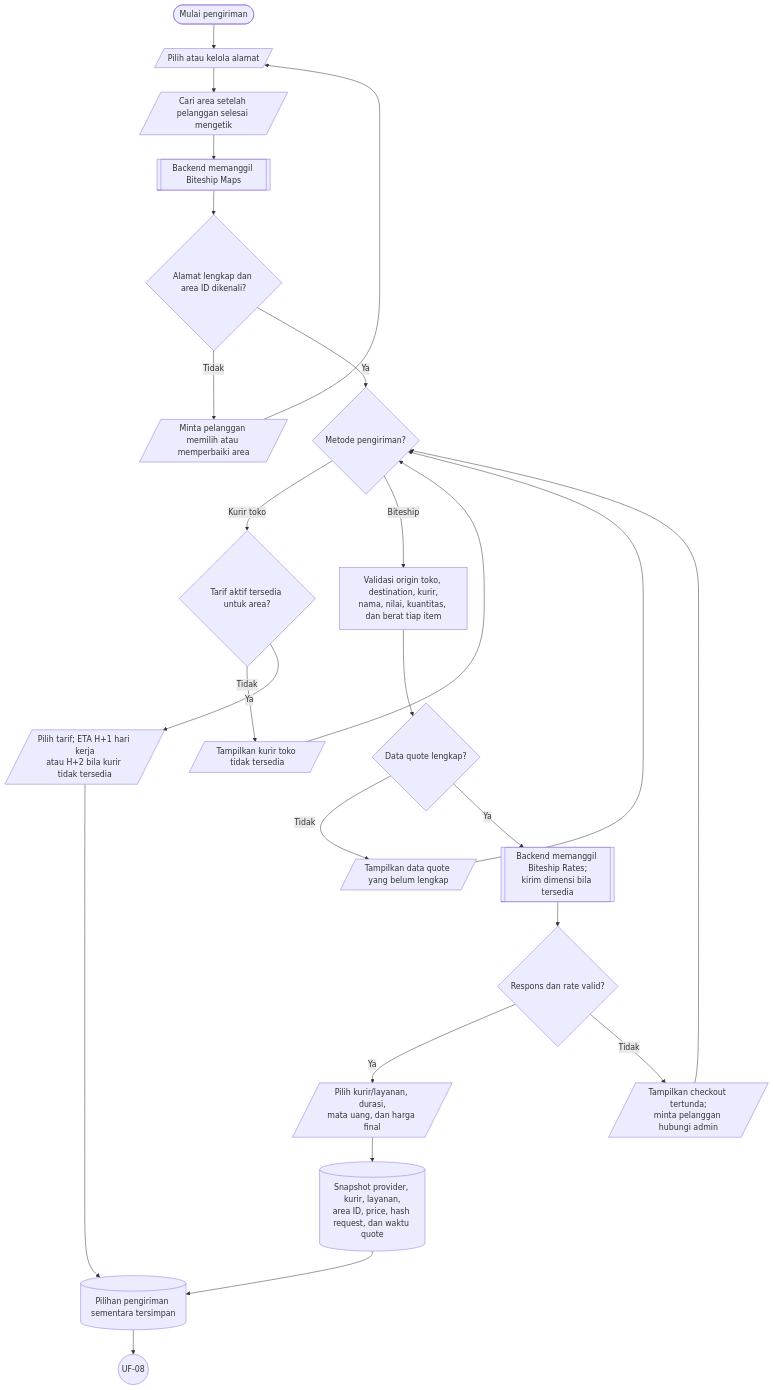
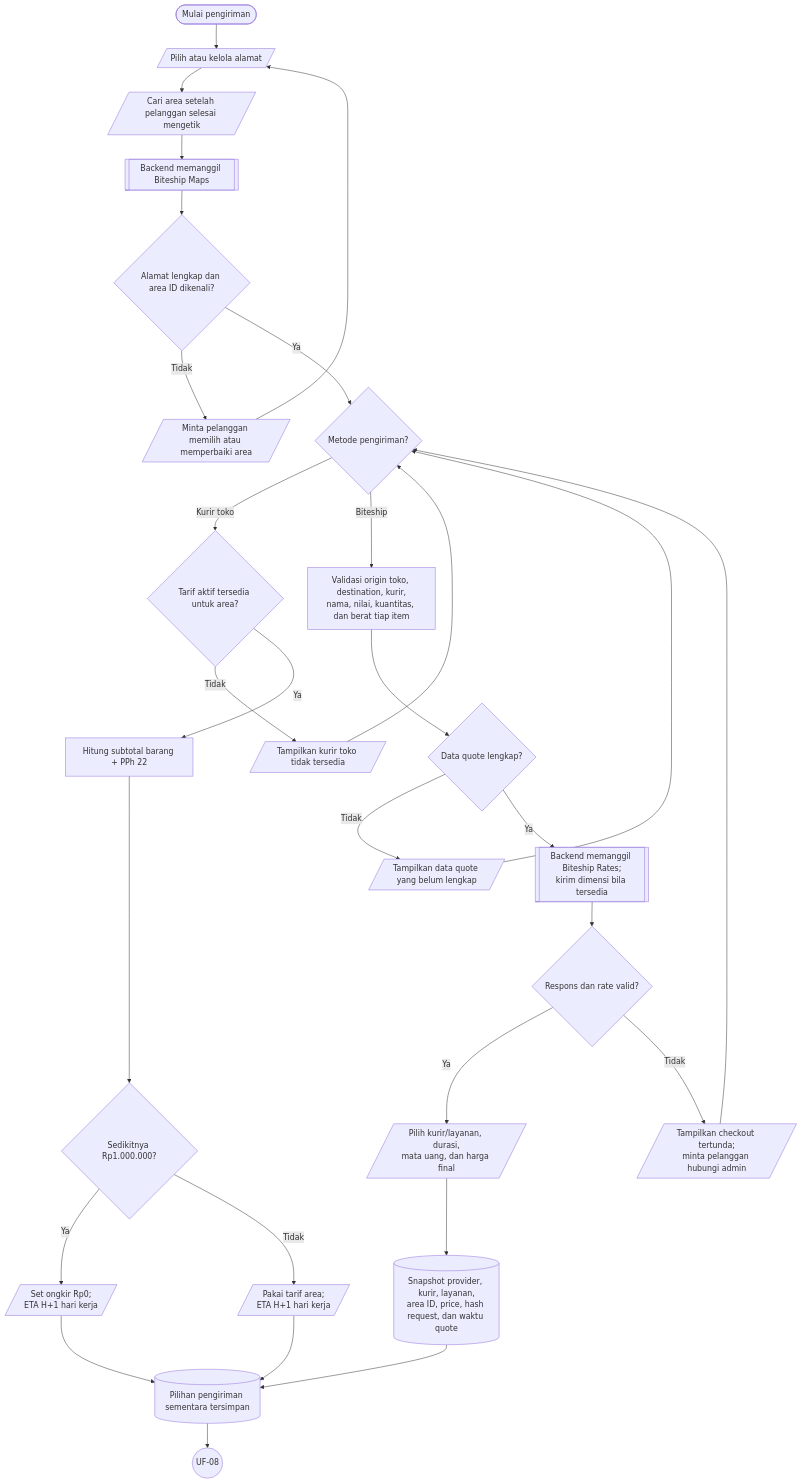
Before and after one commit to Webekspres/pixel-komunika: the seventh of 19 diagrams in docs/design/USER_FLOWS.md, drawn with Mermaid. The commit also changed other lines of this file and 8 other files, not shown here.

````diff
--- a/docs/design/USER_FLOWS.md
+++ b/docs/design/USER_FLOWS.md
@@ -244,29 +244,33 @@
 ```mermaid
 flowchart TD
     A(["Mulai pengiriman"]) --> B[/"Pilih atau kelola alamat"/]
     B --> B1[/"Cari area setelah pelanggan selesai mengetik"/]
     B1 --> B2[["Backend memanggil Biteship Maps"]]
     B2 --> C{"Alamat lengkap dan area ID dikenali?"}
     C -->|Tidak| D[/"Minta pelanggan memilih atau memperbaiki area"/]
     D --> B
     C -->|Ya| E{"Metode pengiriman?"}
     E -->|Kurir toko| F{"Tarif aktif tersedia untuk area?"}
     F -->|Tidak| G[/"Tampilkan kurir toko tidak tersedia"/]
     G --> E
-    F -->|Ya| H[/"Pilih tarif; ETA H+1 hari kerja<br/>atau H+2 bila kurir tidak tersedia"/]
+    F -->|Ya| H["Hitung subtotal barang + PPh 22"]
+    H --> H1{"Sedikitnya Rp1.000.000?"}
+    H1 -->|Ya| H2[/"Set ongkir Rp0;<br/>ETA H+1 hari kerja"/]
+    H1 -->|Tidak| H3[/"Pakai tarif area;<br/>ETA H+1 hari kerja"/]
     E -->|Biteship| I["Validasi origin toko, destination, kurir,<br/>nama, nilai, kuantitas, dan berat tiap item"]
     I --> J{"Data quote lengkap?"}
     J -->|Tidak| K[/"Tampilkan data quote yang belum lengkap"/]
     K --> E
     J -->|Ya| L[["Backend memanggil Biteship Rates;<br/>kirim dimensi bila tersedia"]]
     L --> M{"Respons dan rate valid?"}
     M -->|Ya| N[/"Pilih kurir/layanan, durasi,<br/>mata uang, dan harga final"/]
     M -->|Tidak| P[/"Tampilkan checkout tertunda;<br/>minta pelanggan hubungi admin"/]
     P --> E
-    H --> Q[("Pilihan pengiriman sementara tersimpan")]
+    H2 --> Q[("Pilihan pengiriman sementara tersimpan")]
+    H3 --> Q
     N --> R[("Snapshot provider, kurir, layanan,<br/>area ID, price, hash request, dan waktu quote")]
     R --> Q
     Q --> C_UF08((UF-08))
 
     click C_UF08 "#uf-08-validasi-checkout"
 ```
````
